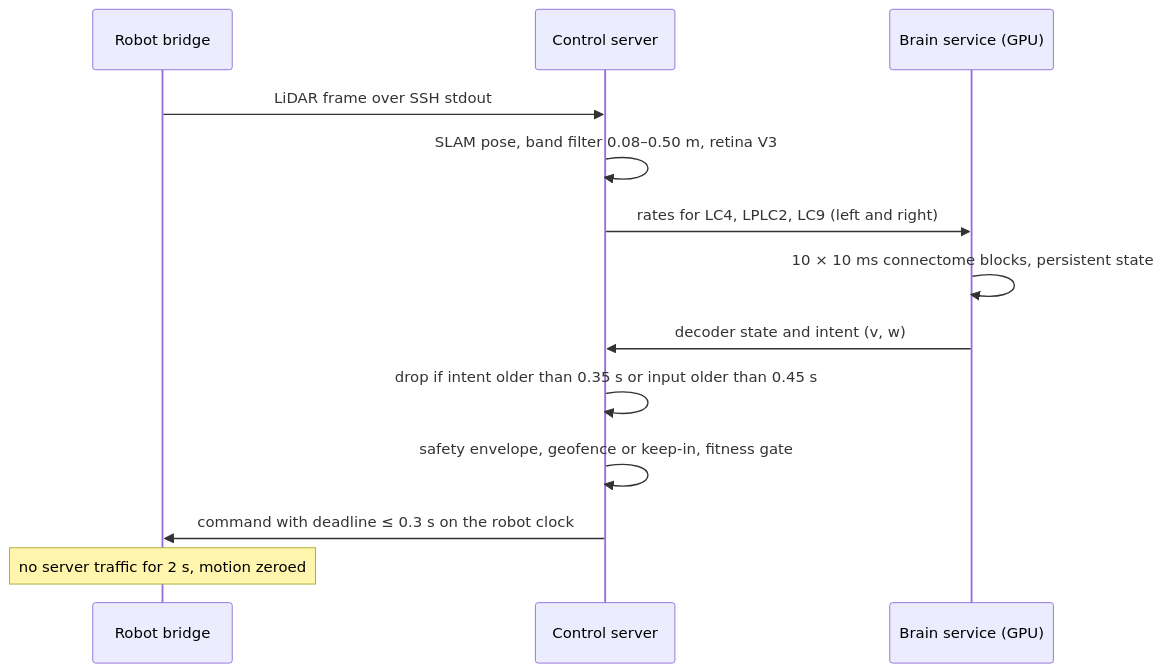
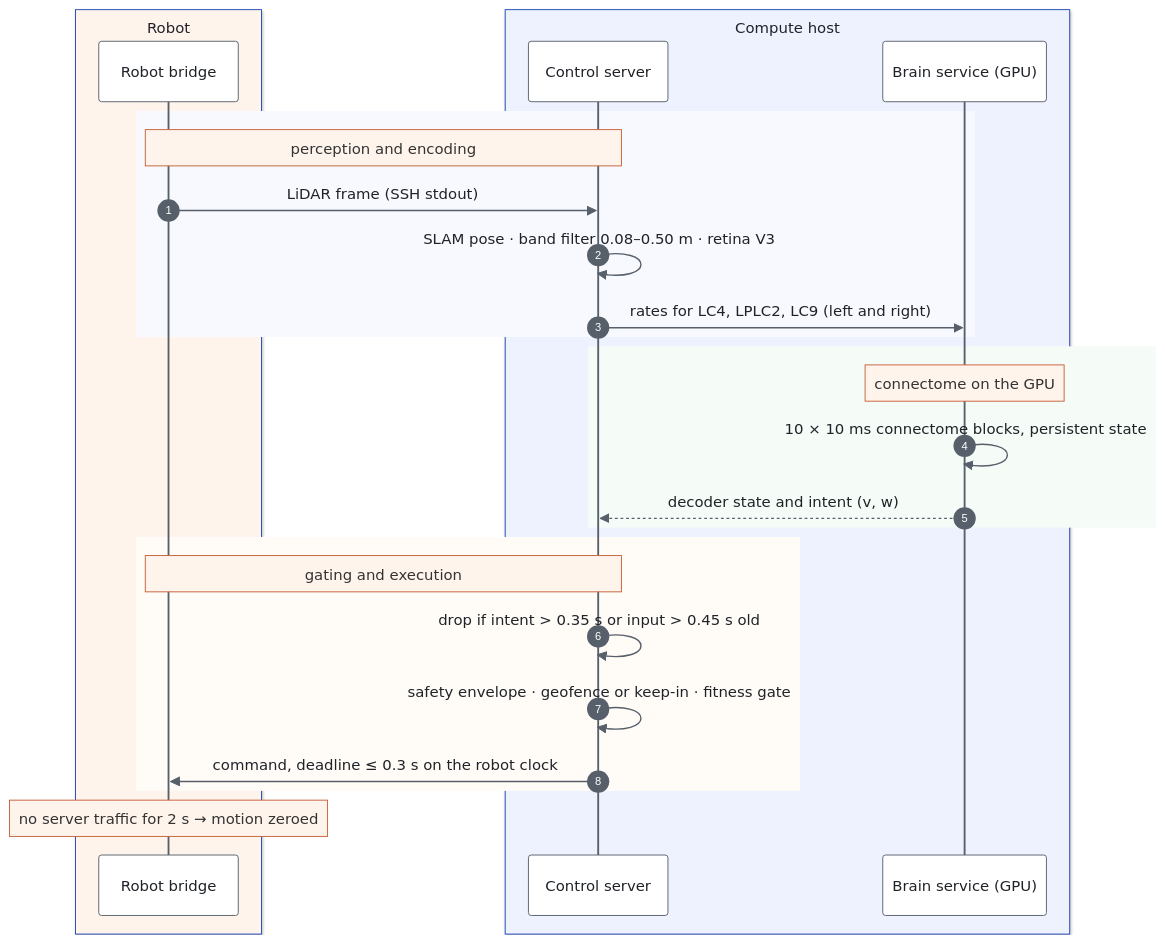
One commit to 12sqawdwq/FlyHead changed the second of 2 diagrams in README.md. Above: the diagram before and after it, drawn with Mermaid. The commit also changed other lines of this file and 1 other file, not shown here.

First line of the commit message:
README: styled Mermaid diagrams

````diff
--- a/README.md
+++ b/README.md
@@ -252,15 +270,30 @@
 ```mermaid
+%%{init: {'theme': 'base', 'themeVariables': {'primaryColor': '#EEF2FF', 'primaryBorderColor': '#2148B8', 'primaryTextColor': '#1F2328', 'lineColor': '#57606A', 'clusterBkg': '#FAFAF7', 'clusterBorder': '#D0D7DE', 'edgeLabelBackground': '#FFFFFF', 'actorBkg': '#FFFFFF', 'actorBorder': '#57606A', 'signalColor': '#57606A', 'signalTextColor': '#1F2328', 'noteBkgColor': '#FFF4EC', 'noteBorderColor': '#C65F38', 'sequenceNumberColor': '#FFFFFF'}}}%%
 sequenceDiagram
-    participant R as Robot bridge
-    participant S as Control server
-    participant B as Brain service (GPU)
-    R->>S: LiDAR frame over SSH stdout
-    S->>S: SLAM pose, band filter 0.08–0.50 m, retina V3
-    S->>B: rates for LC4, LPLC2, LC9 (left and right)
-    B->>B: 10 × 10 ms connectome blocks, persistent state
-    B->>S: decoder state and intent (v, w)
-    S->>S: drop if intent older than 0.35 s or input older than 0.45 s
-    S->>S: safety envelope, geofence or keep-in, fitness gate
-    S->>R: command with deadline ≤ 0.3 s on the robot clock
-    Note over R: no server traffic for 2 s, motion zeroed
+    autonumber
+    box rgb(255,244,236) Robot
+        participant R as Robot bridge
+    end
+    box rgb(238,242,255) Compute host
+        participant S as Control server
+        participant B as Brain service (GPU)
+    end
+    rect rgb(247,249,255)
+        Note over R,S: perception and encoding
+        R->>S: LiDAR frame (SSH stdout)
+        S->>S: SLAM pose · band filter 0.08–0.50 m · retina V3
+        S->>B: rates for LC4, LPLC2, LC9 (left and right)
+    end
+    rect rgb(245,251,247)
+        Note over B: connectome on the GPU
+        B->>B: 10 × 10 ms connectome blocks, persistent state
+        B-->>S: decoder state and intent (v, w)
+    end
+    rect rgb(255,251,247)
+        Note over S,R: gating and execution
+        S->>S: drop if intent > 0.35 s or input > 0.45 s old
+        S->>S: safety envelope · geofence or keep-in · fitness gate
+        S->>R: command, deadline ≤ 0.3 s on the robot clock
+    end
+    Note over R: no server traffic for 2 s → motion zeroed
 ```
````
